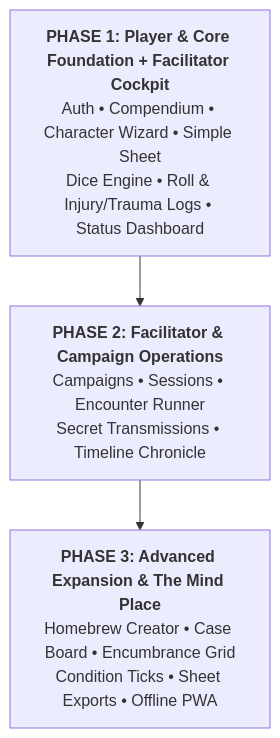
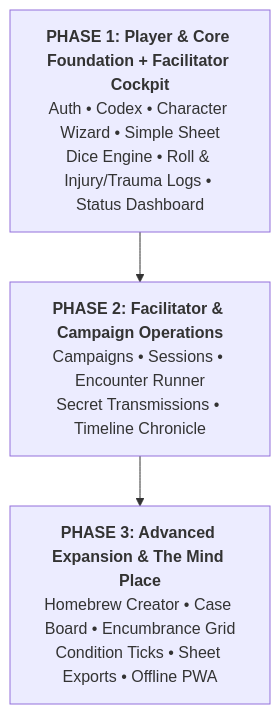
The diagram in design/open_points.md (henriqueschorr/beyond_the_horizon_app), drawn with Mermaid before and after one commit. The commit also changed other lines of this file and 31 other files, not shown here.

First line of the commit message:
feat: player home deck architecture, action typography system, and codex transition

````diff
--- a/design/open_points.md
+++ b/design/open_points.md
@@ -25,8 +25,8 @@
 ```mermaid
 flowchart TD
-    P1["<b>PHASE 1: Player & Core Foundation + Facilitator Cockpit</b><br/>Auth • Compendium • Character Wizard • Simple Sheet<br/>Dice Engine • Roll & Injury/Trauma Logs • Status Dashboard"]
+    P1["<b>PHASE 1: Player & Core Foundation + Facilitator Cockpit</b><br/>Auth • Codex • Character Wizard • Simple Sheet<br/>Dice Engine • Roll & Injury/Trauma Logs • Status Dashboard"]
     P2["<b>PHASE 2: Facilitator & Campaign Operations</b><br/>Campaigns • Sessions • Encounter Runner<br/>Secret Transmissions • Timeline Chronicle"]
     P3["<b>PHASE 3: Advanced Expansion & The Mind Place</b><br/>Homebrew Creator • Case Board • Encumbrance Grid<br/>Condition Ticks • Sheet Exports • Offline PWA"]
 
     P1 --> P2 --> P3
 ```
````
